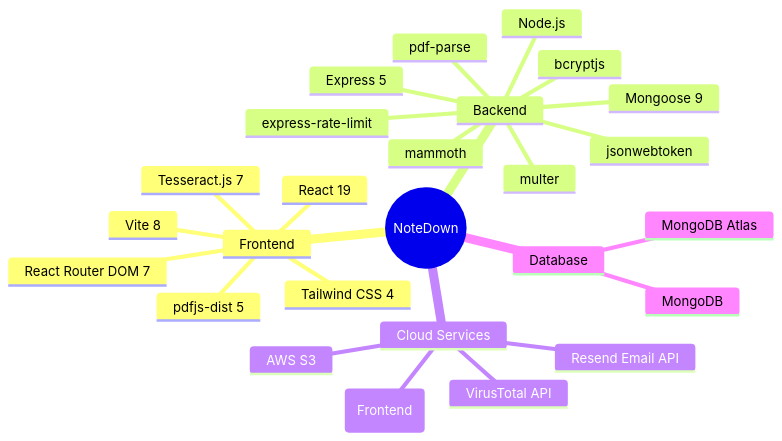
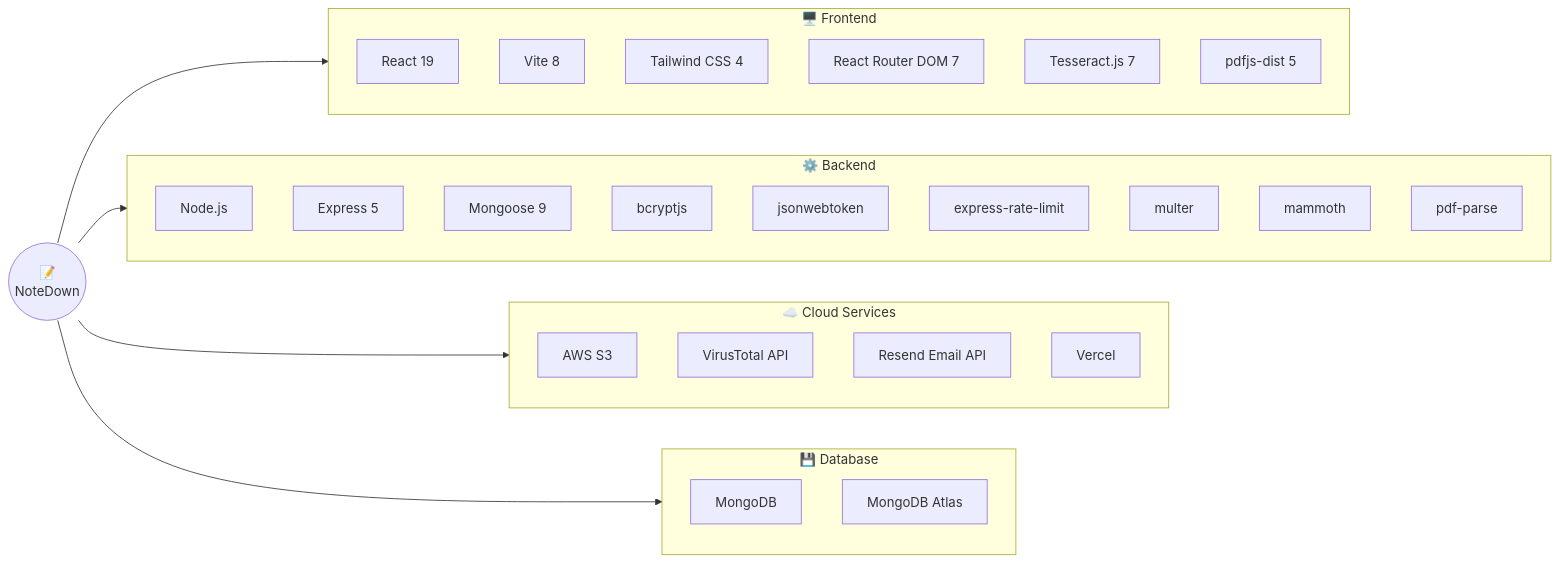
One commit to UsaaryanByte07/NoteDown changed the first of 7 diagrams in README.md. Above: the diagram before and after it, drawn with Mermaid. The commit also changed other lines of this file and 1 other file, not shown here.

Commit message:
Fiixed Errors Occuring in README

````diff
--- a/README.md
+++ b/README.md
@@ -184,29 +184,46 @@
 ```mermaid
-mindmap
-  root((NoteDown))
-    Frontend
-      React 19
-      Vite 8
-      Tailwind CSS 4
-      React Router DOM 7
-      Tesseract.js 7
-      pdfjs-dist 5
-    Backend
-      Node.js
-      Express 5
-      Mongoose 9
-      bcryptjs
-      jsonwebtoken
-      express-rate-limit
-      multer
-      mammoth
-      pdf-parse
-    Cloud Services
-      AWS S3
-      VirusTotal API
-      Resend Email API
-      Vercel (Frontend)
-    Database
-      MongoDB
-      MongoDB Atlas
+flowchart LR
+    ND(("📝<br/>NoteDown"))
+
+    subgraph FE["🖥️ Frontend"]
+        direction TB
+        F1["React 19"]
+        F2["Vite 8"]
+        F3["Tailwind CSS 4"]
+        F4["React Router DOM 7"]
+        F5["Tesseract.js 7"]
+        F6["pdfjs-dist 5"]
+    end
+
+    subgraph BE["⚙️ Backend"]
+        direction TB
+        B1["Node.js"]
+        B2["Express 5"]
+        B3["Mongoose 9"]
+        B4["bcryptjs"]
+        B5["jsonwebtoken"]
+        B6["express-rate-limit"]
+        B7["multer"]
+        B8["mammoth"]
+        B9["pdf-parse"]
+    end
+
+    subgraph CS["☁️ Cloud Services"]
+        direction TB
+        C1["AWS S3"]
+        C2["VirusTotal API"]
+        C3["Resend Email API"]
+        C4["Vercel"]
+    end
+
+    subgraph DB["💾 Database"]
+        direction TB
+        D1["MongoDB"]
+        D2["MongoDB Atlas"]
+    end
+
+    ND --> FE
+    ND --> BE
+    ND --> CS
+    ND --> DB
 ```
````
